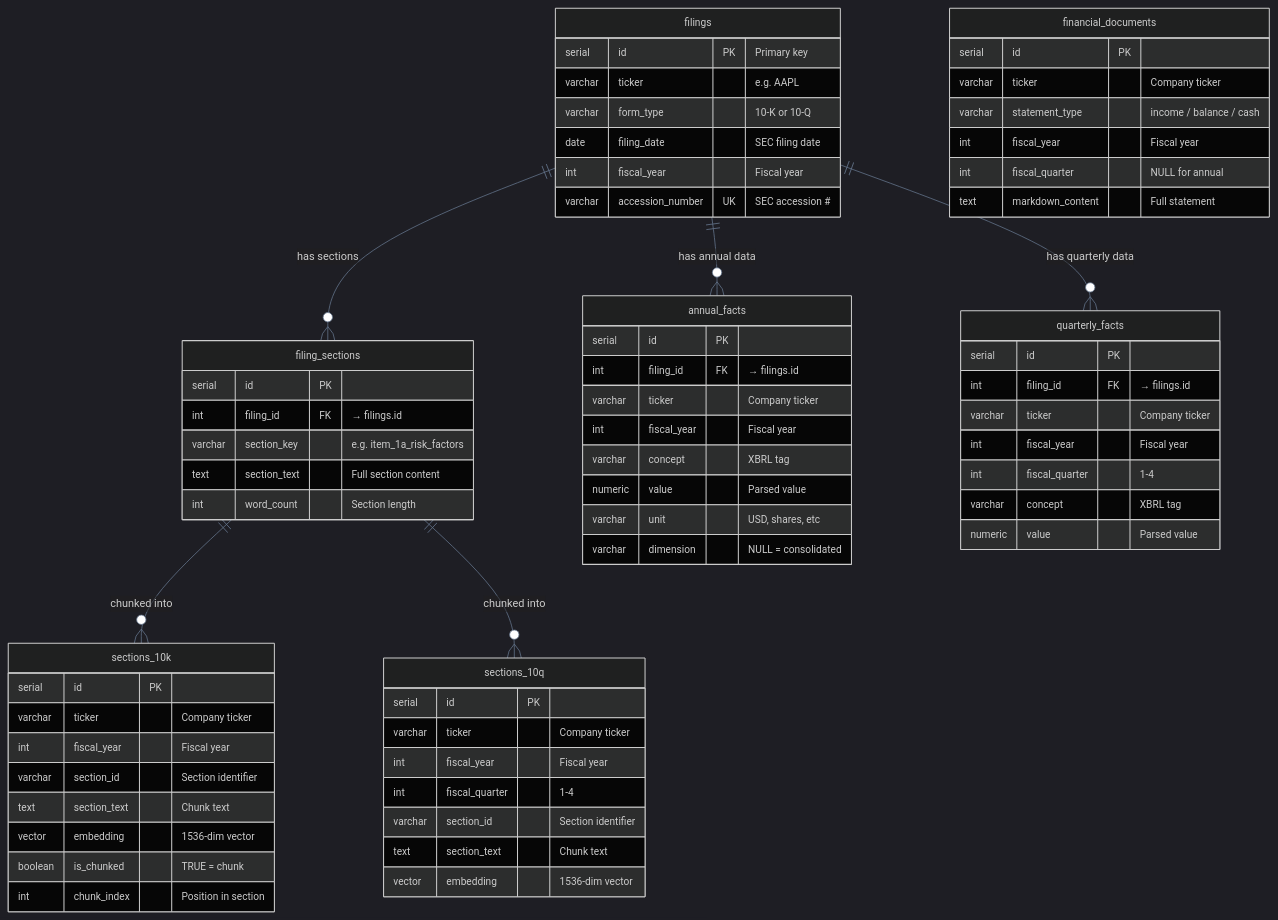
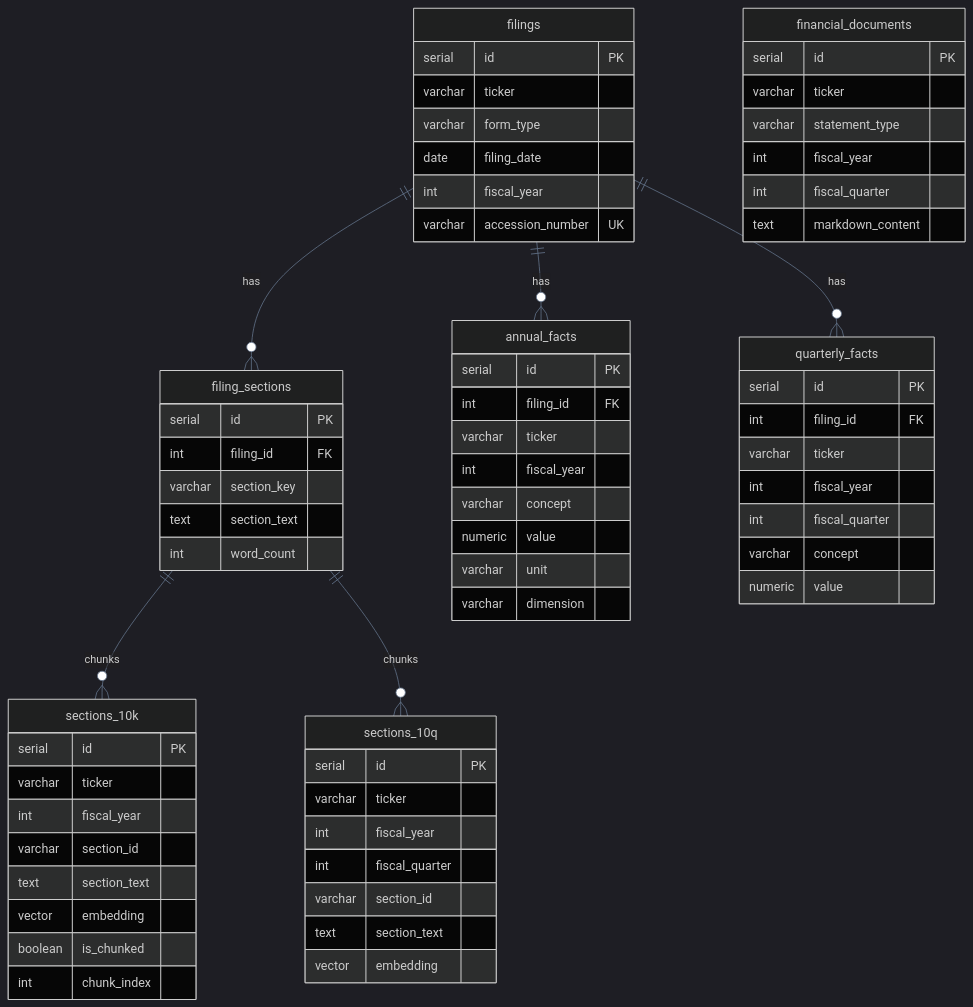
One commit to bhattaraisubal-eng/sec-intelligence-system changed the diagram in docs/database.md. Above: the diagram before and after it, drawn with Mermaid. The commit also changed 3 other files, not shown here.

First line of the commit message:
Fix Mermaid diagram text cutoff - remove unsupported HTML tags

````diff
--- a/docs/database.md
+++ b/docs/database.md
@@ -9,71 +9,71 @@
 ```mermaid
-%%{init: {'theme': 'dark', 'themeVariables': {'primaryColor': '#1e293b', 'primaryBorderColor': '#475569', 'lineColor': '#64748b', 'fontFamily': 'ui-monospace, monospace', 'fontSize': '13px'}}}%%
+%%{init: {'theme': 'dark', 'themeVariables': {'primaryColor': '#1e293b', 'primaryBorderColor': '#475569', 'lineColor': '#64748b'}}}%%
 erDiagram
-    filings ||--o{ filing_sections : "has sections"
-    filings ||--o{ annual_facts : "has annual data"
-    filings ||--o{ quarterly_facts : "has quarterly data"
-    filing_sections ||--o{ sections_10k : "chunked into"
-    filing_sections ||--o{ sections_10q : "chunked into"
+    filings ||--o{ filing_sections : "has"
+    filings ||--o{ annual_facts : "has"
+    filings ||--o{ quarterly_facts : "has"
+    filing_sections ||--o{ sections_10k : "chunks"
+    filing_sections ||--o{ sections_10q : "chunks"
 
     filings {
-        serial id PK "Primary key"
-        varchar ticker "e.g. AAPL"
-        varchar form_type "10-K or 10-Q"
-        date filing_date "SEC filing date"
-        int fiscal_year "Fiscal year"
-        varchar accession_number UK "SEC accession #"
+        serial id PK
+        varchar ticker
+        varchar form_type
+        date filing_date
+        int fiscal_year
+        varchar accession_number UK
     }
     annual_facts {
         serial id PK
-        int filing_id FK "→ filings.id"
-        varchar ticker "Company ticker"
-        int fiscal_year "Fiscal year"
-        varchar concept "XBRL tag"
-        numeric value "Parsed value"
-        varchar unit "USD, shares, etc"
-        varchar dimension "NULL = consolidated"
+        int filing_id FK
+        varchar ticker
+        int fiscal_year
+        varchar concept
+        numeric value
+        varchar unit
+        varchar dimension
     }
     quarterly_facts {
         serial id PK
-        int filing_id FK "→ filings.id"
-        varchar ticker "Company ticker"
-        int fiscal_year "Fiscal year"
-        int fiscal_quarter "1-4"
-        varchar concept "XBRL tag"
-        numeric value "Parsed value"
+        int filing_id FK
+        varchar ticker
+        int fiscal_year
+        int fiscal_quarter
+        varchar concept
+        numeric value
     }
     filing_sections {
         serial id PK
-        int filing_id FK "→ filings.id"
-        varchar section_key "e.g. item_1a_risk_factors"
-        text section_text "Full section content"
-        int word_count "Section length"
+        int filing_id FK
+        varchar section_key
+        text section_text
+        int word_count
     }
     sections_10k {
         serial id PK
-        varchar ticker "Company ticker"
-        int fiscal_year "Fiscal year"
-        varchar section_id "Section identifier"
-        text section_text "Chunk text"
-        vector embedding "1536-dim vector"
-        boolean is_chunked "TRUE = chunk"
-        int chunk_index "Position in section"
+        varchar ticker
+        int fiscal_year
+        varchar section_id
+        text section_text
+        vector embedding
+        boolean is_chunked
+        int chunk_index
     }
     sections_10q {
         serial id PK
-        varchar ticker "Company ticker"
-        int fiscal_year "Fiscal year"
-        int fiscal_quarter "1-4"
-        varchar section_id "Section identifier"
-        text section_text "Chunk text"
-        vector embedding "1536-dim vector"
+        varchar ticker
+        int fiscal_year
+        int fiscal_quarter
+        varchar section_id
+        text section_text
+        vector embedding
     }
     financial_documents {
         serial id PK
-        varchar ticker "Company ticker"
-        varchar statement_type "income / balance / cash"
-        int fiscal_year "Fiscal year"
-        int fiscal_quarter "NULL for annual"
-        text markdown_content "Full statement"
+        varchar ticker
+        varchar statement_type
+        int fiscal_year
+        int fiscal_quarter
+        text markdown_content
     }
 ```
````
